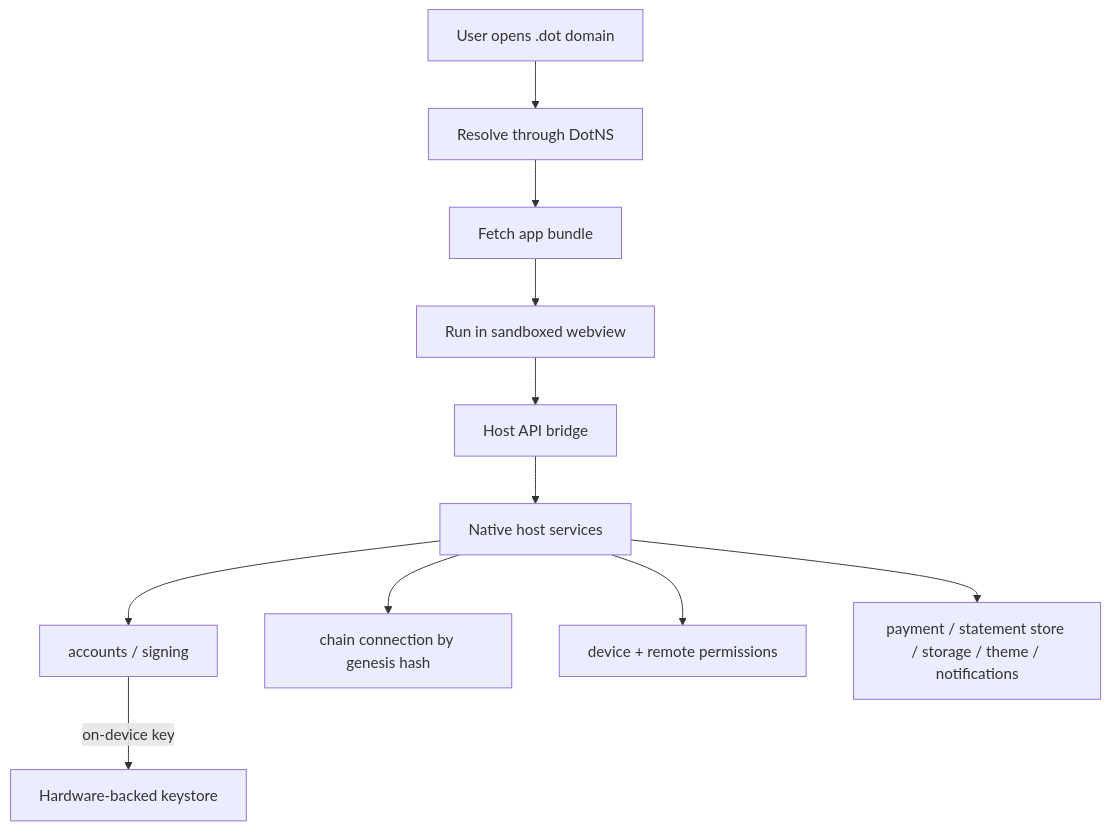
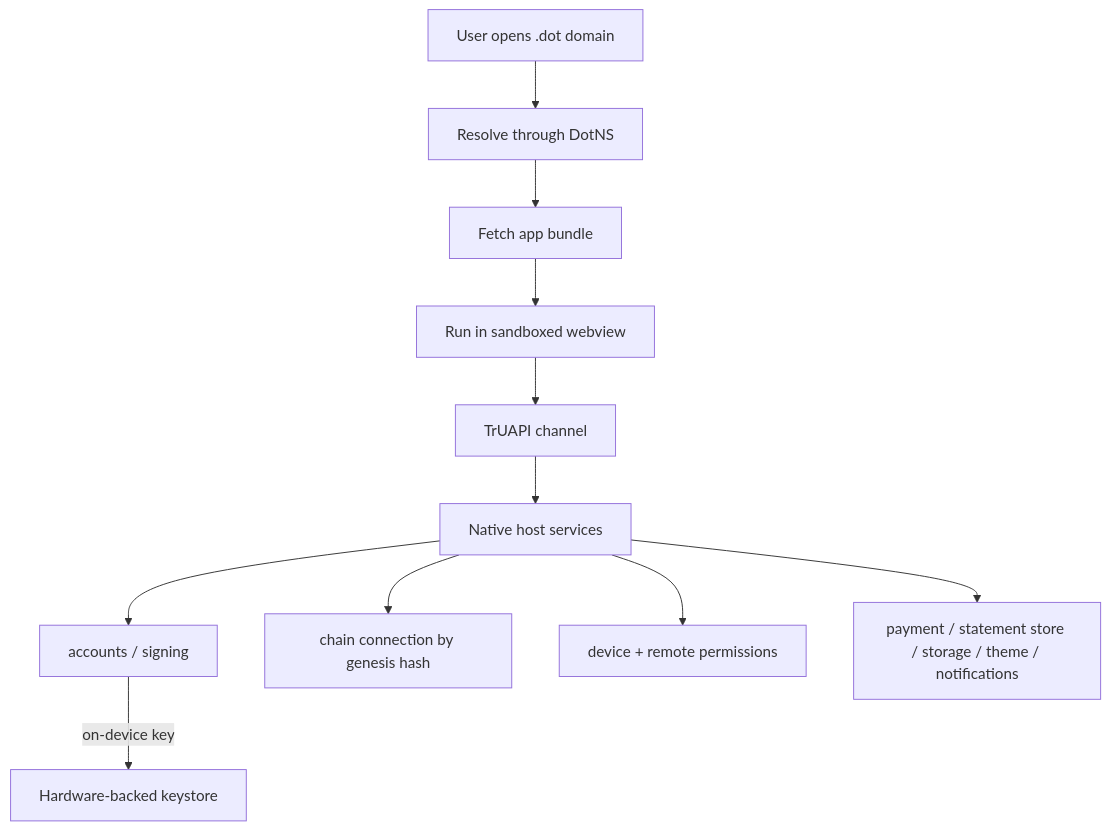
The first of 2 diagrams in docs/architecture/client.md (Polkadot-Community-Foundation/polkadot-app-docs), drawn with Mermaid before and after one commit. The commit also changed other lines of this file and 42 other files, not shown here.

````diff
--- a/docs/architecture/client.md
+++ b/docs/architecture/client.md
@@ -55,13 +60,13 @@
 ```mermaid
 flowchart TD
   U[User opens .dot domain] --> R[Resolve through DotNS]
   R --> A[Fetch app bundle]
   A --> S[Run in sandboxed webview]
-  S --> C[Host API bridge]
+  S --> C[TrUAPI channel]
   C --> H[Native host services]
   H --> ACC[accounts / signing]
   H --> CH[chain connection by genesis hash]
   H --> PERM[device + remote permissions]
   H --> PAY[payment / statement store / storage / theme / notifications]
   ACC -->|on-device key| K[Hardware-backed keystore]
 ```
````
